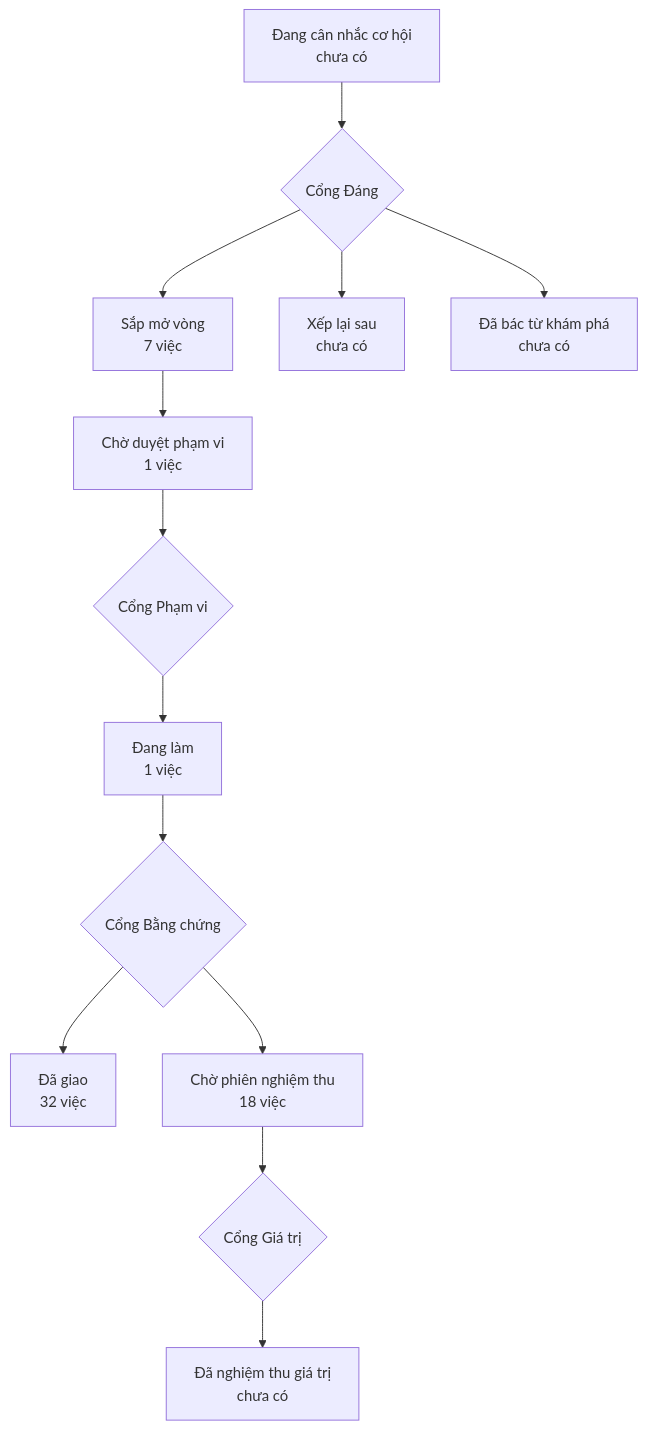
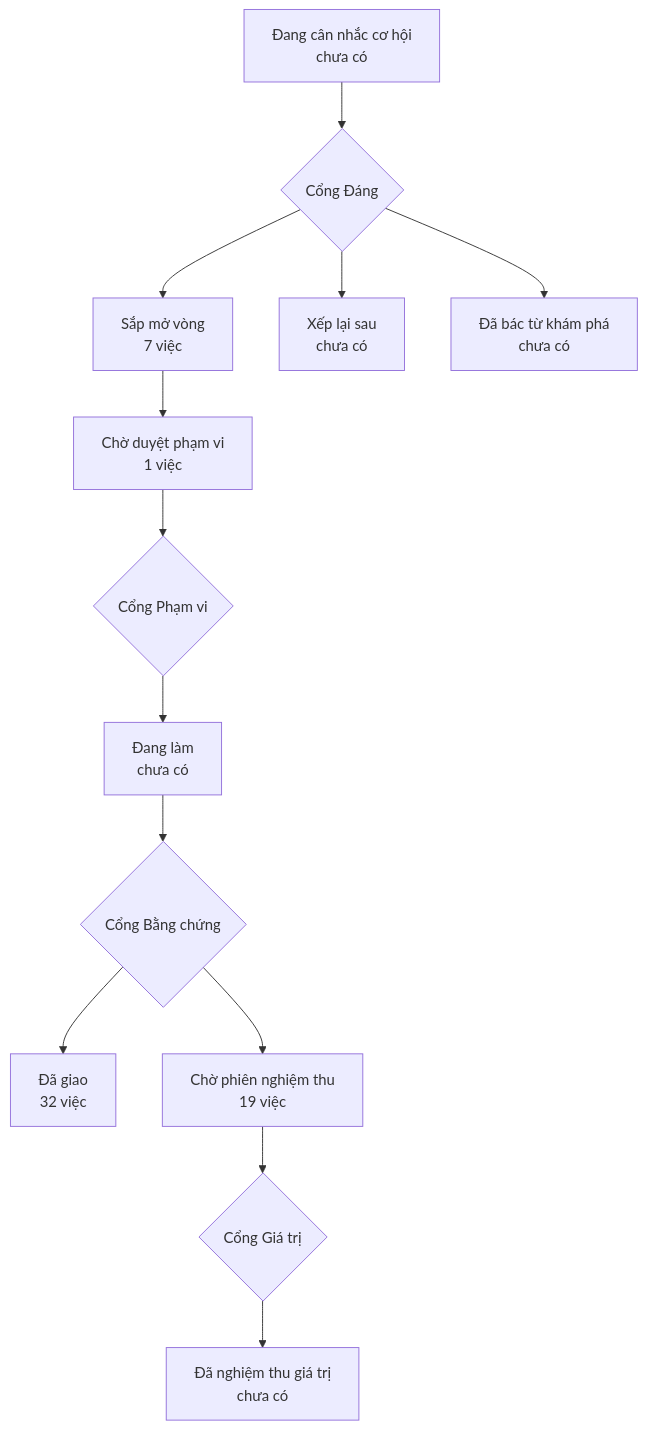
The diagram in PRODUCT-MAP.md (phanlemanh/onehub-invest), drawn with Mermaid before and after one commit. The commit also changed other lines of this file and 4 other files, not shown here.

````diff
--- a/PRODUCT-MAP.md
+++ b/PRODUCT-MAP.md
@@ -7,12 +7,12 @@
 ```mermaid
 flowchart TD
   A["Đang cân nhắc cơ hội<br/>chưa có"] --> GD{"Cổng Đáng"}
   GD --> B["Sắp mở vòng<br/>7 việc"]
   GD --> XL["Xếp lại sau<br/>chưa có"]
   GD --> DB["Đã bác từ khám phá<br/>chưa có"]
   B --> CD["Chờ duyệt phạm vi<br/>1 việc"] --> GP{"Cổng Phạm vi"}
-  GP --> DL["Đang làm<br/>1 việc"] --> GB{"Cổng Bằng chứng"}
+  GP --> DL["Đang làm<br/>chưa có"] --> GB{"Cổng Bằng chứng"}
   GB --> DG["Đã giao<br/>32 việc"]
-  GB --> CN["Chờ phiên nghiệm thu<br/>18 việc"] --> GG{"Cổng Giá trị"}
+  GB --> CN["Chờ phiên nghiệm thu<br/>19 việc"] --> GG{"Cổng Giá trị"}
   GG --> NT["Đã nghiệm thu giá trị<br/>chưa có"]
 ```
````
